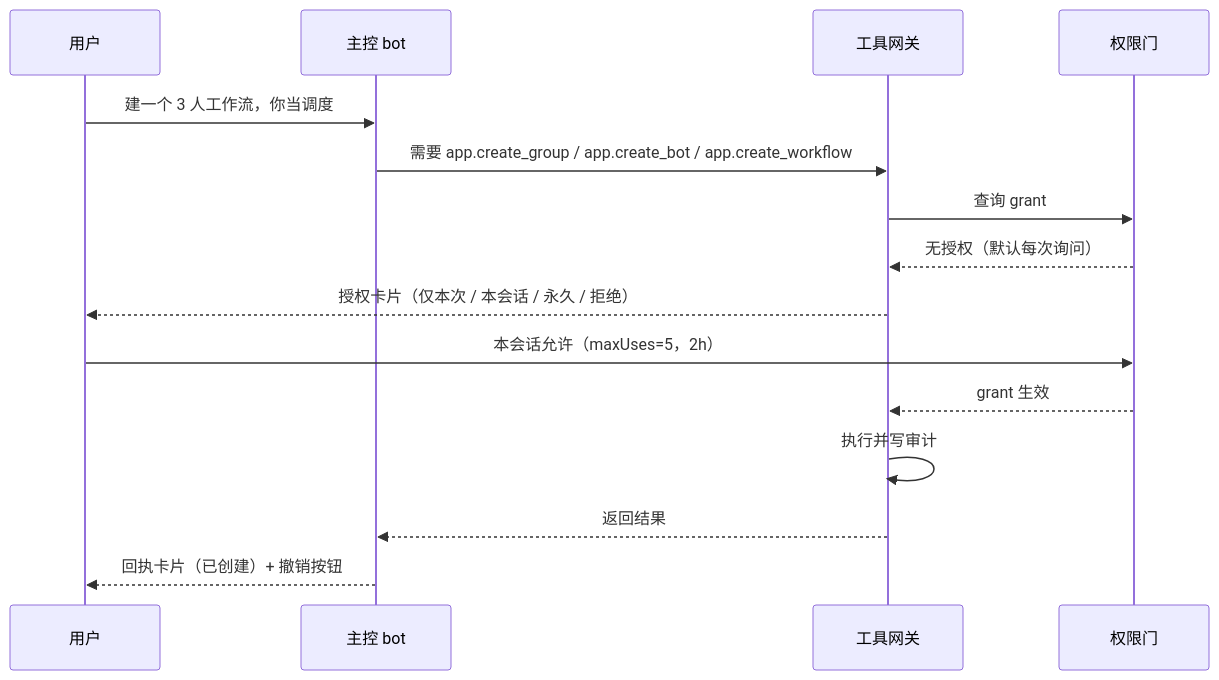
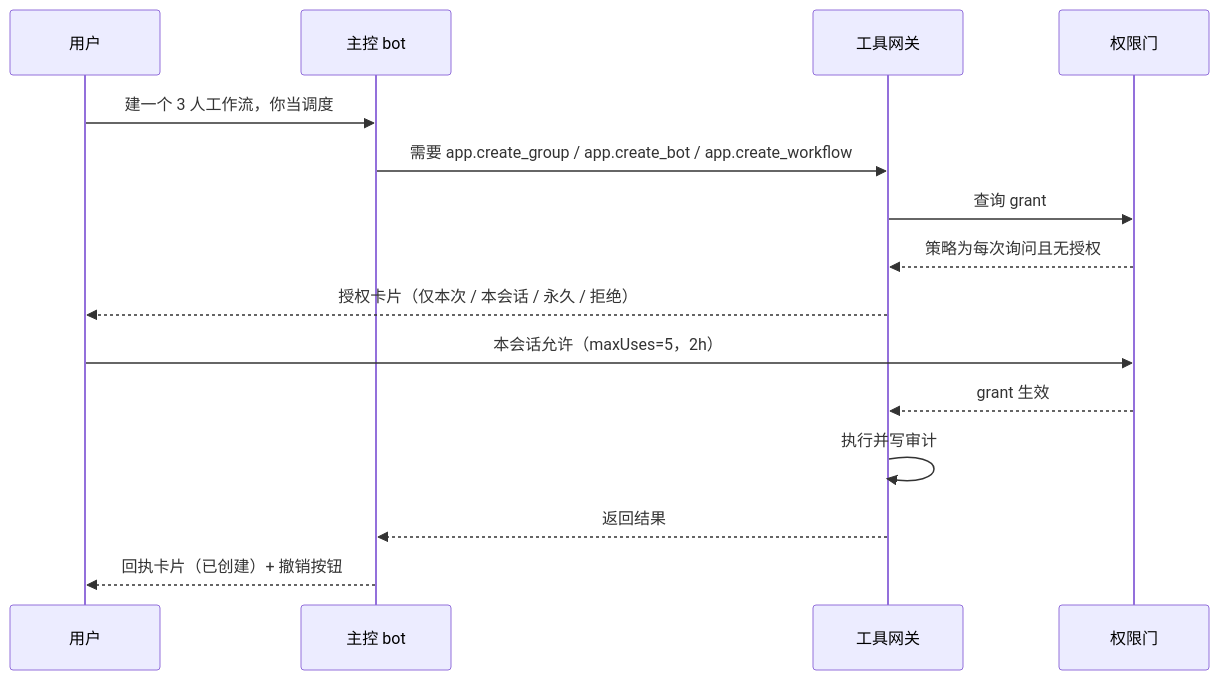
One commit to Etheslay/deepseek-bot changed the diagram in docs/PERMISSIONS.md. Above: the diagram before and after it, drawn with Mermaid. The commit also changed other lines of this file and 21 other files, not shown here.

````diff
--- a/docs/PERMISSIONS.md
+++ b/docs/PERMISSIONS.md
@@ -75,17 +75,17 @@
 ```mermaid
 sequenceDiagram
     participant U as 用户
     participant B as 主控 bot
     participant G as 工具网关
     participant P as 权限门
     U->>B: 建一个 3 人工作流，你当调度
     B->>G: 需要 app.create_group / app.create_bot / app.create_workflow
     G->>P: 查询 grant
-    P-->>G: 无授权（默认每次询问）
+    P-->>G: 策略为每次询问且无授权
     G-->>U: 授权卡片（仅本次 / 本会话 / 永久 / 拒绝）
     U->>P: 本会话允许（maxUses=5，2h）
     P-->>G: grant 生效
     G->>G: 执行并写审计
     G-->>B: 返回结果
     B-->>U: 回执卡片（已创建）+ 撤销按钮
 ```
````
